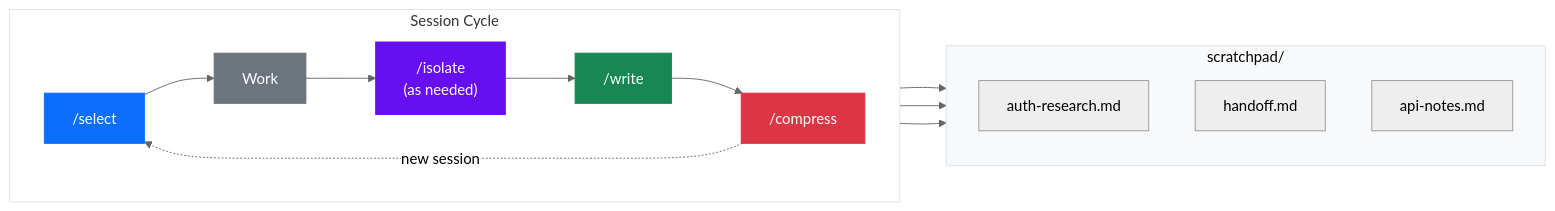
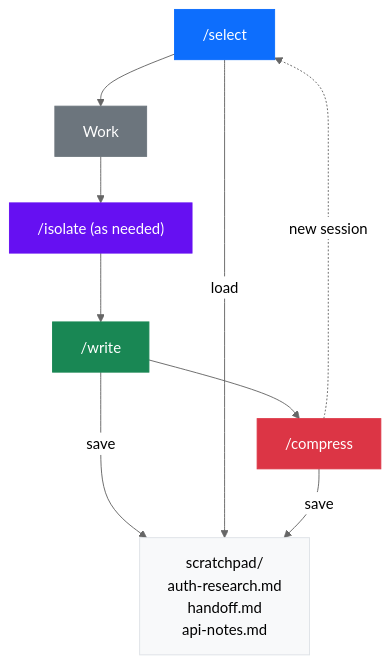
The second of 2 diagrams in plugins/wisci/README.md (ph3on1x/agent-plugins-skills), drawn with Mermaid (neutral theme) before and after one commit.

Commit message:
docs: switch cycle diagram to top-down layout for better fit

````diff
--- a/plugins/wisci/README.md
+++ b/plugins/wisci/README.md
@@ -110,31 +110,19 @@
 ```mermaid
-graph LR
-    subgraph Session["Session Cycle"]
-        direction LR
-        SELECT["/select"] --> WORK["Work"]
-        WORK --> ISOLATE["/isolate<br/>(as needed)"]
-        ISOLATE --> WRITE["/write"]
-        WRITE --> COMPRESS["/compress"]
-    end
-
+graph TD
+    SELECT["/select"] --> WORK["Work"]
+    WORK --> ISOLATE["/isolate (as needed)"]
+    ISOLATE --> WRITE["/write"]
+    WRITE --> COMPRESS["/compress"]
     COMPRESS -.->|"new session"| SELECT
 
-    subgraph Storage["scratchpad/"]
-        direction TB
-        F1["auth-research.md"]
-        F2["handoff.md"]
-        F3["api-notes.md"]
-    end
-
-    WRITE --> Storage
-    SELECT --> Storage
-    COMPRESS --> Storage
+    WRITE -->|save| SP["scratchpad/<br/>auth-research.md<br/>handoff.md<br/>api-notes.md"]
+    SELECT -->|load| SP
+    COMPRESS -->|save| SP
 
     style SELECT fill:#0d6efd,color:#fff,stroke:#0d6efd
     style ISOLATE fill:#6610f2,color:#fff,stroke:#6610f2
     style WRITE fill:#198754,color:#fff,stroke:#198754
     style COMPRESS fill:#dc3545,color:#fff,stroke:#dc3545
     style WORK fill:#6c757d,color:#fff,stroke:#6c757d
-    style Storage fill:#f8f9fa,color:#000,stroke:#dee2e6
-    style Session fill:transparent,stroke:#dee2e6
+    style SP fill:#f8f9fa,color:#000,stroke:#dee2e6
 ```
````
